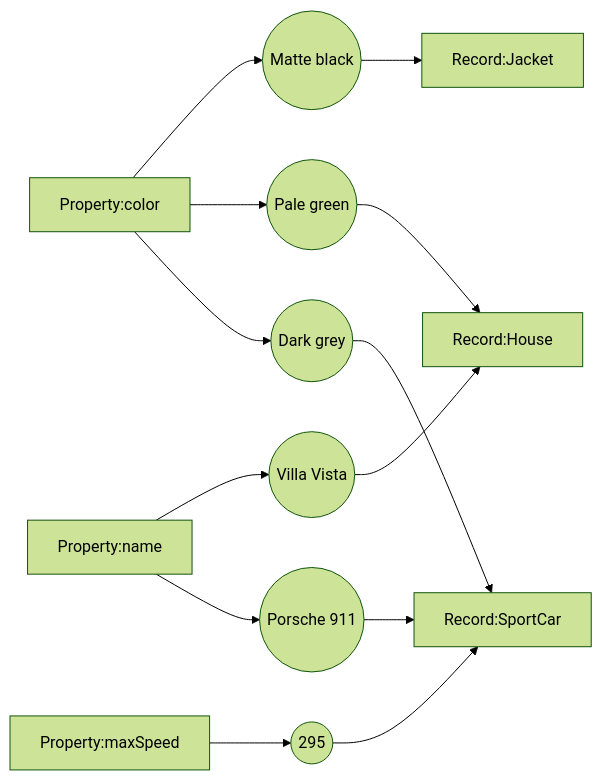
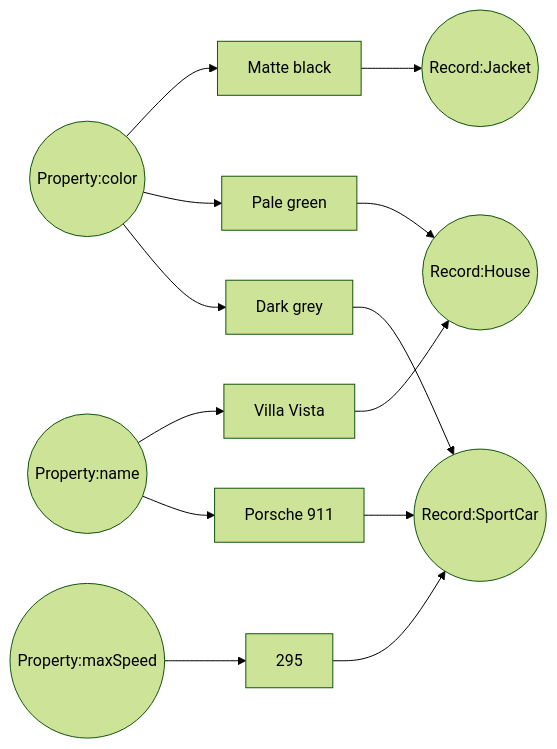
Before and after one commit to collect-so/docs: the diagram in docs/core-concepts/properties.md, drawn with Mermaid (forest theme). The commit also changed other lines of this file and 24 other files, not shown here.

````diff
--- a/docs/core-concepts/properties.md
+++ b/docs/core-concepts/properties.md
@@ -21,10 +25,10 @@
 ```mermaid
 graph LR
-    P0[Property:color] --> b((Matte black)) --> R0[Record:Jacket]
+    P0((Property:color)) --> b[Matte black] --> R0((Record:Jacket))
     
-    P0 --> d((Pale green)) --> R2[Record:House]
-    P1 --> j((Villa Vista)) --> R2
-    P1[Property:name] --> e((Porsche 911)) --> R1
-    P0 --> c((Dark grey)) --> R1[Record:SportCar]
-    P2[Property:maxSpeed] --> k((295)) --> R1
+    P0 --> d[Pale green] --> R2((Record:House))
+    P1 --> j[Villa Vista] --> R2
+    P1((Property:name)) --> e[Porsche 911] --> R1
+    P0 --> c[Dark grey] --> R1((Record:SportCar))
+    P2((Property:maxSpeed)) --> k[295] --> R1
 ```
````
